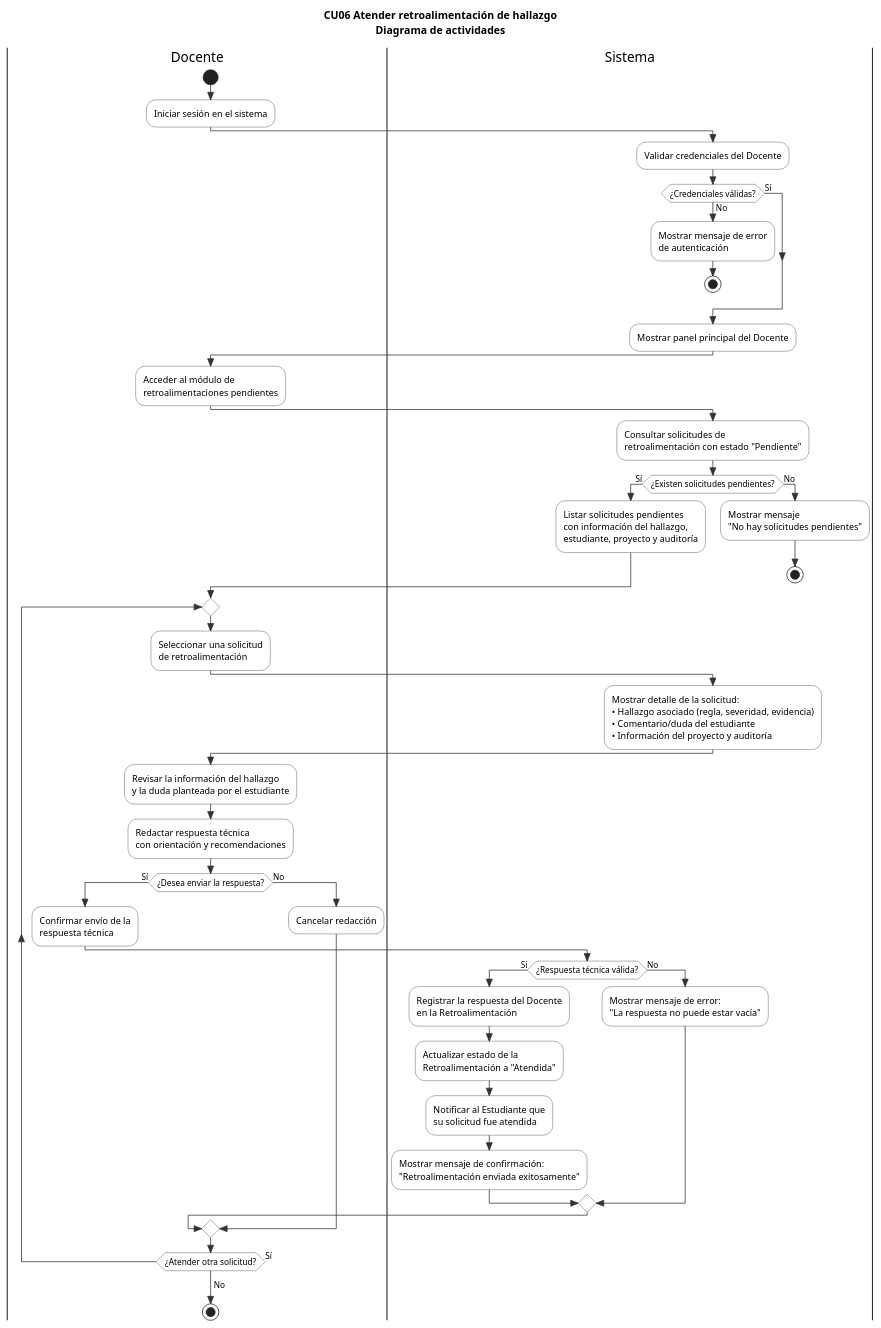
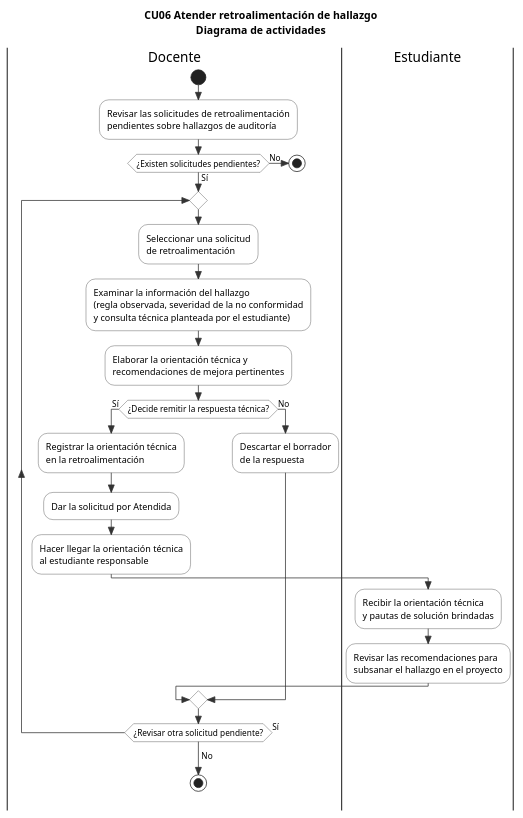
Before and after one commit to ErickBaja05/GR4_1BT3_622_26B: the diagram in docs/incremento2/activityDiagrams/cu06-atenderFeedback.puml, drawn with PlantUML. The commit also changed 4 other files, not shown here.

Commit message:
doc: Simplifico diagramas de actividades, secuencia y robustez

```diff
--- a/docs/incremento2/activityDiagrams/cu06-atenderFeedback.puml
+++ b/docs/incremento2/activityDiagrams/cu06-atenderFeedback.puml
@@ -1,79 +1,52 @@
 @startuml cu06_actividades
 skinparam style strictuml
 skinparam defaultFontName Arial
 skinparam ActivityBackgroundColor #FFFFFF
 skinparam ActivityBorderColor #333333
 skinparam ActivityDiamondBackgroundColor #FFFFFF
 skinparam ActivityDiamondBorderColor #333333
 skinparam SwimlaneBorderColor #333333
 skinparam ArrowColor #333333
 
 title CU06 Atender retroalimentación de hallazgo\nDiagrama de actividades
 
 |Docente|
+|Estudiante|
+
+|Docente|
 start
-:Iniciar sesión en el sistema;
+:Revisar las solicitudes de retroalimentación\npendientes sobre hallazgos de auditoría;
 
-|Sistema|
-:Validar credenciales del Docente;
+if (¿Existen solicitudes pendientes?) then (Sí)
+    repeat
+        :Seleccionar una solicitud\nde retroalimentación;
 
-if (¿Credenciales válidas?) then (Sí)
+        :Examinar la información del hallazgo\n(regla observada, severidad de la no conformidad\ny consulta técnica planteada por el estudiante);
+
+        :Elaborar la orientación técnica y\nrecomendaciones de mejora pertinentes;
+
+        if (¿Decide remitir la respuesta técnica?) then (Sí)
+            :Registrar la orientación técnica\nen la retroalimentación;
+
+            :Dar la solicitud por Atendida;
+
+            :Hacer llegar la orientación técnica\nal estudiante responsable;
+
+            |Estudiante|
+            :Recibir la orientación técnica\ny pautas de solución brindadas;
+
+            :Revisar las recomendaciones para\nsubsanar el hallazgo en el proyecto;
+
+            |Docente|
+        else (No)
+            :Descartar el borrador\nde la respuesta;
+        endif
+
+    repeat while (¿Revisar otra solicitud pendiente?) is (Sí)
+    ->No;
+    stop
 else (No)
-    :Mostrar mensaje de error\nde autenticación;
     stop
 endif
 
-:Mostrar panel principal del Docente;
-
-|Docente|
-:Acceder al módulo de\nretroalimentaciones pendientes;
-
-|Sistema|
-:Consultar solicitudes de\nretroalimentación con estado "Pendiente";
-
-if (¿Existen solicitudes pendientes?) then (Sí)
-    :Listar solicitudes pendientes\ncon información del hallazgo,\nestudiante, proyecto y auditoría;
-else (No)
-    :Mostrar mensaje\n"No hay solicitudes pendientes";
-    stop
-endif
-
-|Docente|
-repeat
-    :Seleccionar una solicitud\nde retroalimentación;
-
-    |Sistema|
-    :Mostrar detalle de la solicitud:\n• Hallazgo asociado (regla, severidad, evidencia)\n• Comentario/duda del estudiante\n• Información del proyecto y auditoría;
-
-    |Docente|
-    :Revisar la información del hallazgo\ny la duda planteada por el estudiante;
-
-    :Redactar respuesta técnica\ncon orientación y recomendaciones;
-
-    if (¿Desea enviar la respuesta?) then (Sí)
-        :Confirmar envío de la\nrespuesta técnica;
-
-        |Sistema|
-        if (¿Respuesta técnica válida?) then (Sí)
-            :Registrar la respuesta del Docente\nen la Retroalimentación;
-
-            :Actualizar estado de la\nRetroalimentación a "Atendida";
-
-            :Notificar al Estudiante que\nsu solicitud fue atendida;
-
-            :Mostrar mensaje de confirmación:\n"Retroalimentación enviada exitosamente";
-        else (No)
-            :Mostrar mensaje de error:\n"La respuesta no puede estar vacía";
-        endif
-    else (No)
-        |Docente|
-        :Cancelar redacción;
-    endif
-
-    |Docente|
-repeat while (¿Atender otra solicitud?) is (Sí)
-->No;
-
-stop
-
 @enduml
```
